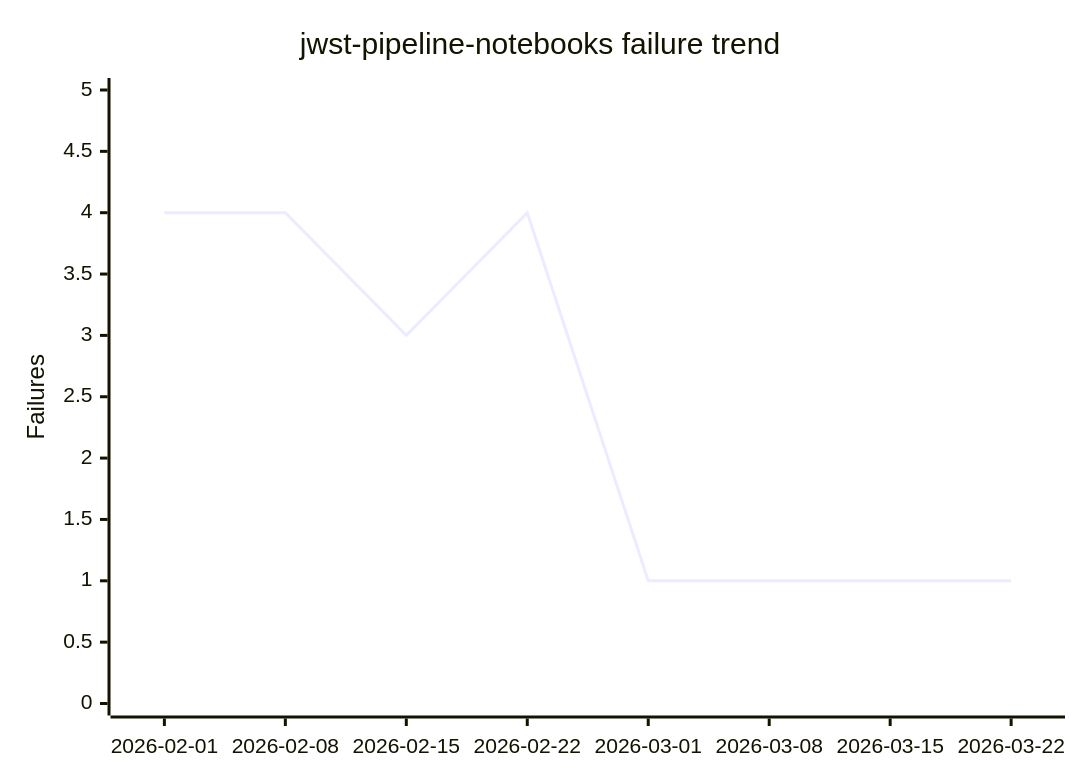
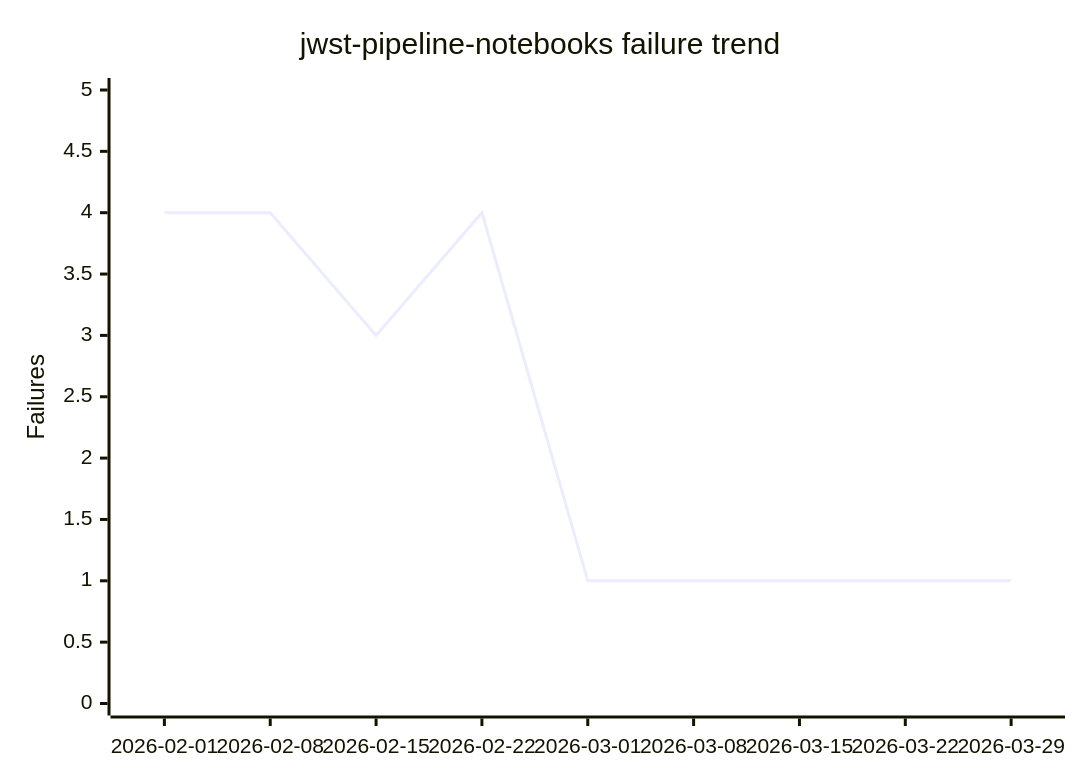
One commit to spacetelescope/notebook-infrastructure changed the fifth of 7 diagrams in metrics/dashboard.md. Above: the diagram before and after it, drawn with Mermaid. The commit also changed other lines of this file and 2 other files, not shown here.

````diff
--- a/metrics/dashboard.md
+++ b/metrics/dashboard.md
@@ -148,7 +150,7 @@
 ```mermaid
 xychart-beta
     title "jwst-pipeline-notebooks failure trend"
-    x-axis ["2026-02-01", "2026-02-08", "2026-02-15", "2026-02-22", "2026-03-01", "2026-03-08", "2026-03-15", "2026-03-22"]
+    x-axis ["2026-02-01", "2026-02-08", "2026-02-15", "2026-02-22", "2026-03-01", "2026-03-08", "2026-03-15", "2026-03-22", "2026-03-29"]
     y-axis "Failures" 0 --> 5
-    line [4, 4, 3, 4, 1, 1, 1, 1]
+    line [4, 4, 3, 4, 1, 1, 1, 1, 1]
 ```
````
